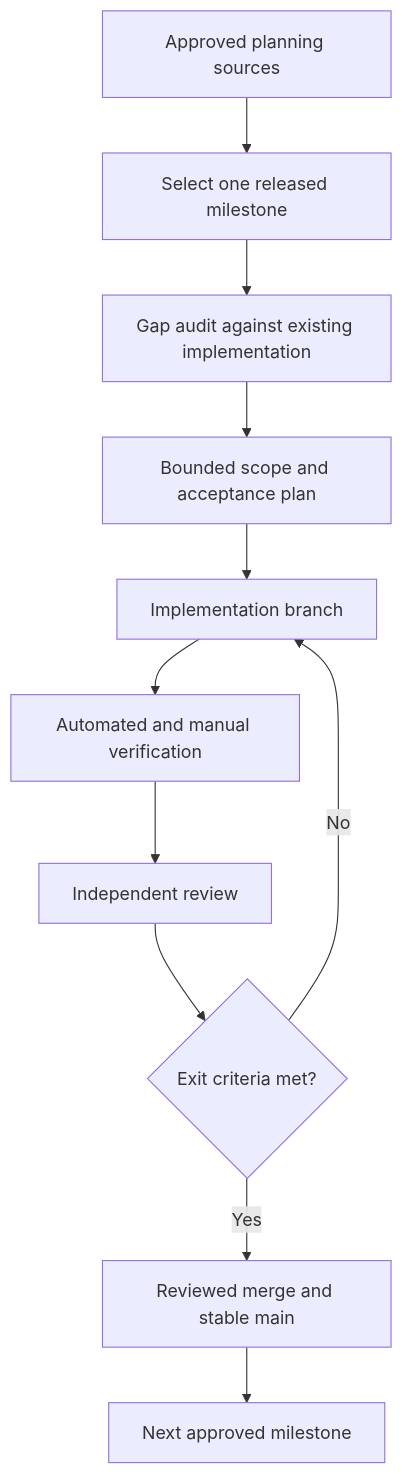
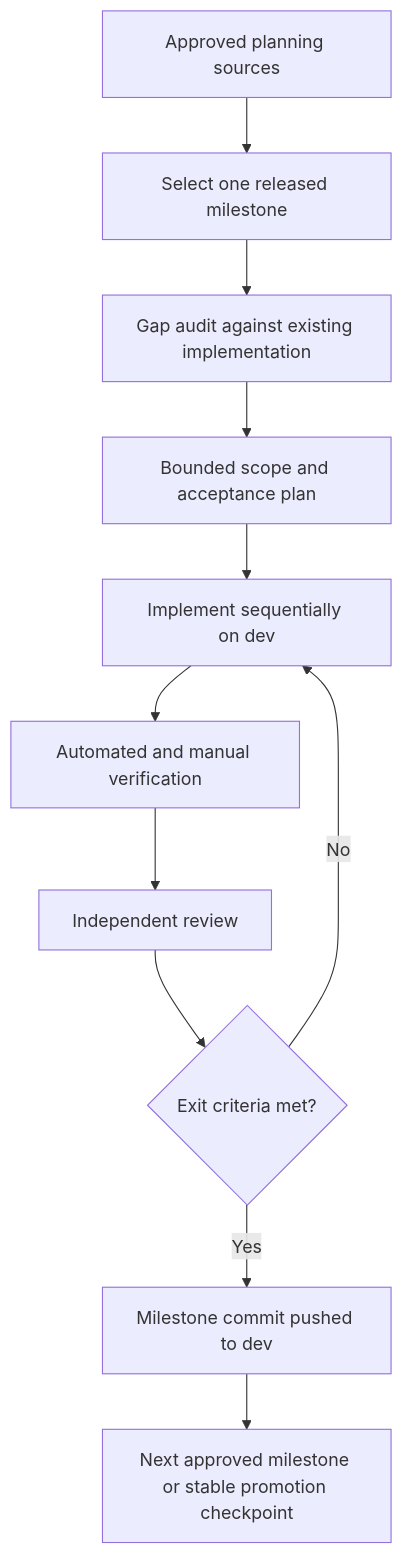
One commit to rajul-bhatnagar/parallel-world changed the second of 6 diagrams in docs/development/DEVELOPMENT_PLAN.md. Above: the diagram before and after it, drawn with Mermaid. The commit also changed other lines of this file and 9 other files, not shown here.

Commit message:
docs(workflow): adopt dev-main development model

````diff
--- a/docs/development/DEVELOPMENT_PLAN.md
+++ b/docs/development/DEVELOPMENT_PLAN.md
@@ -137,13 +122,13 @@
 ```mermaid
 flowchart TD
     P["Approved planning sources"] --> M["Select one released milestone"]
     M --> G["Gap audit against existing implementation"]
     G --> S["Bounded scope and acceptance plan"]
-    S --> I["Implementation branch"]
+    S --> I["Implement sequentially on dev"]
     I --> V["Automated and manual verification"]
     V --> R["Independent review"]
     R --> D{"Exit criteria met?"}
     D -->|"No"| I
-    D -->|"Yes"| MERGE["Reviewed merge and stable main"]
-    MERGE --> NEXT["Next approved milestone"]
+    D -->|"Yes"| DONE["Milestone commit pushed to dev"]
+    DONE --> NEXT["Next approved milestone or stable promotion checkpoint"]
 ```
````
